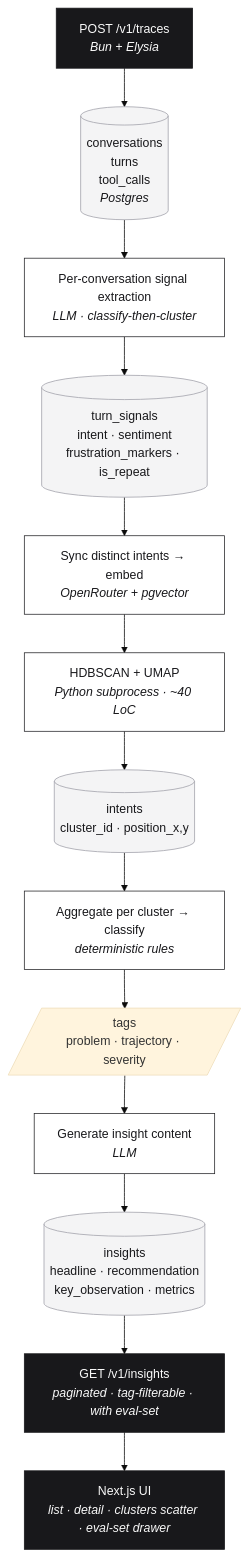
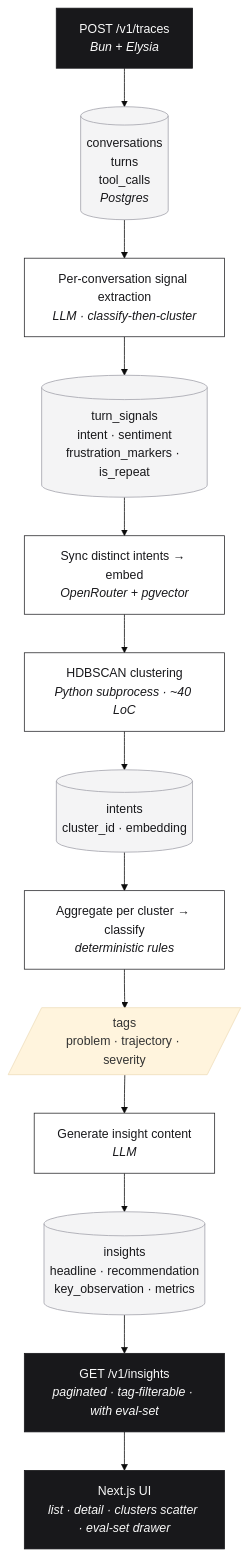
The diagram in REASONING.md (kashgohil/agnost), drawn with Mermaid (base theme) before and after one commit. The commit also changed other lines of this file, not shown here.

````diff
--- a/REASONING.md
+++ b/REASONING.md
@@ -11,22 +11,22 @@
 ```mermaid
 flowchart TD
     A["POST /v1/traces<br/><i>Bun + Elysia</i>"] --> B[("conversations<br/>turns<br/>tool_calls<br/><i>Postgres</i>")]
     B --> C["Per-conversation signal extraction<br/><i>LLM · classify-then-cluster</i>"]
     C --> D[("turn_signals<br/>intent · sentiment<br/>frustration_markers · is_repeat")]
     D --> E["Sync distinct intents → embed<br/><i>OpenRouter + pgvector</i>"]
-    E --> F["HDBSCAN + UMAP<br/><i>Python subprocess · ~40 LoC</i>"]
-    F --> G[("intents<br/>cluster_id · position_x,y")]
+    E --> F["HDBSCAN clustering<br/><i>Python subprocess · ~40 LoC</i>"]
+    F --> G[("intents<br/>cluster_id · embedding")]
     G --> H["Aggregate per cluster → classify<br/><i>deterministic rules</i>"]
     H --> I[/"tags<br/>problem · trajectory · severity"/]
     I --> J["Generate insight content<br/><i>LLM</i>"]
     J --> K[("insights<br/>headline · recommendation<br/>key_observation · metrics")]
     K --> L["GET /v1/insights<br/><i>paginated · tag-filterable · with eval-set</i>"]
     L --> M["Next.js UI<br/><i>list · detail · clusters scatter · eval-set drawer</i>"]
 
     classDef store fill:#f4f4f5,stroke:#a1a1aa,color:#18181b
     classDef compute fill:#fff,stroke:#27272a,color:#18181b
     classDef io fill:#18181b,stroke:#18181b,color:#fafafa
     class B,D,G,K store
     class C,E,F,H,J compute
     class A,L,M io
 ```
````
